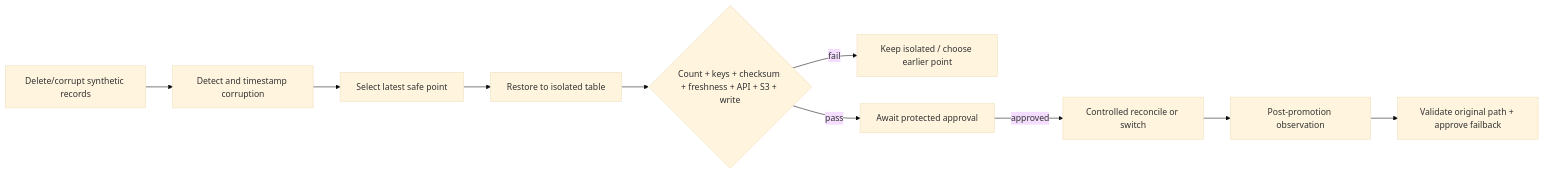
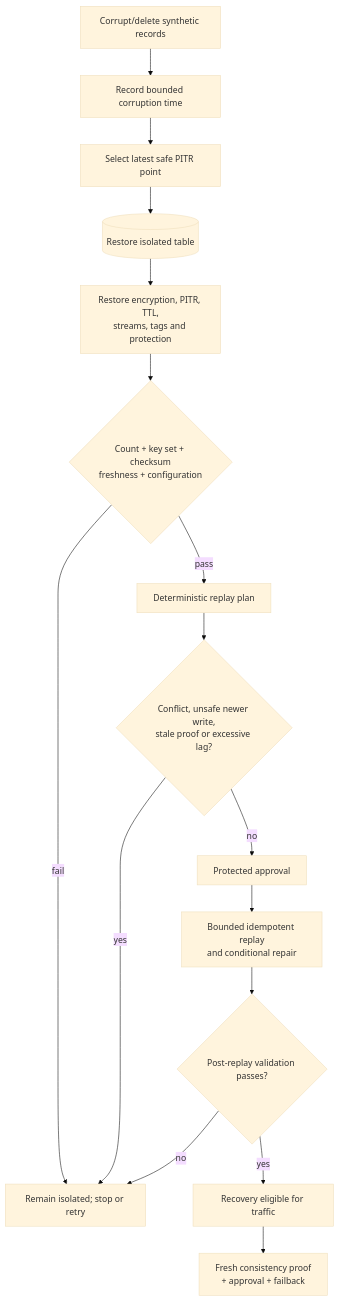
Before and after one commit to Shaharyarzd/multiregion-disaster-recovery-platform: the second of 2 diagrams in docs/disaster-scenarios.md, drawn with Mermaid (base theme). The commit also changed other lines of this file and 3 other files, not shown here.

````diff
--- a/docs/disaster-scenarios.md
+++ b/docs/disaster-scenarios.md
@@ -32,12 +35,19 @@
 ```mermaid
-flowchart LR
-  Bad[Delete/corrupt synthetic records] --> Detect[Detect and timestamp corruption]
-  Detect --> Point[Select latest safe point]
-  Point --> PITR[Restore to isolated table]
-  PITR --> Validate{Count + keys + checksum + freshness + API + S3 + write}
-  Validate -->|fail| Isolate[Keep isolated / choose earlier point]
-  Validate -->|pass| Gate[Await protected approval]
-  Gate -->|approved| Reconcile[Controlled reconcile or switch]
-  Reconcile --> Observe[Post-promotion observation]
-  Observe --> Failback[Validate original path + approve failback]
+flowchart TD
+  Bad[Corrupt/delete synthetic records] --> Detect[Record bounded corruption time]
+  Detect --> Point[Select latest safe PITR point]
+  Point --> Restore[(Restore isolated table)]
+  Restore --> Configure[Restore encryption, PITR, TTL,<br/>streams, tags and protection]
+  Configure --> Compare{Count + key set + checksum<br/>freshness + configuration}
+
+  Compare -->|fail| Stop[Remain isolated; stop or retry]
+  Compare -->|pass| Plan[Deterministic replay plan]
+  Plan --> Safety{Conflict, unsafe newer write,<br/>stale proof or excessive lag?}
+  Safety -->|yes| Stop
+  Safety -->|no| Gate[Protected approval]
+  Gate --> Replay[Bounded idempotent replay<br/>and conditional repair]
+  Replay --> Promote{Post-replay validation passes?}
+  Promote -->|no| Stop
+  Promote -->|yes| Active[Recovery eligible for traffic]
+  Active --> Failback[Fresh consistency proof<br/>+ approval + failback]
 ```
````
